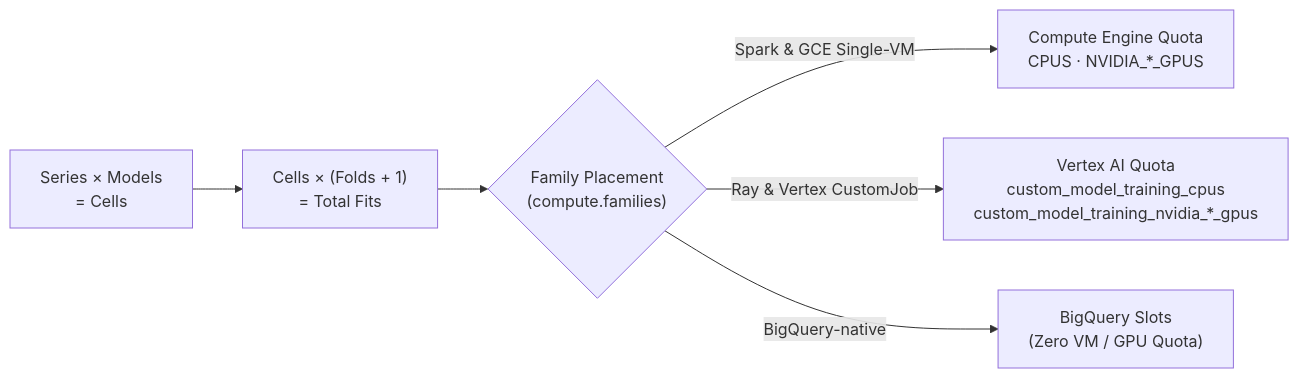
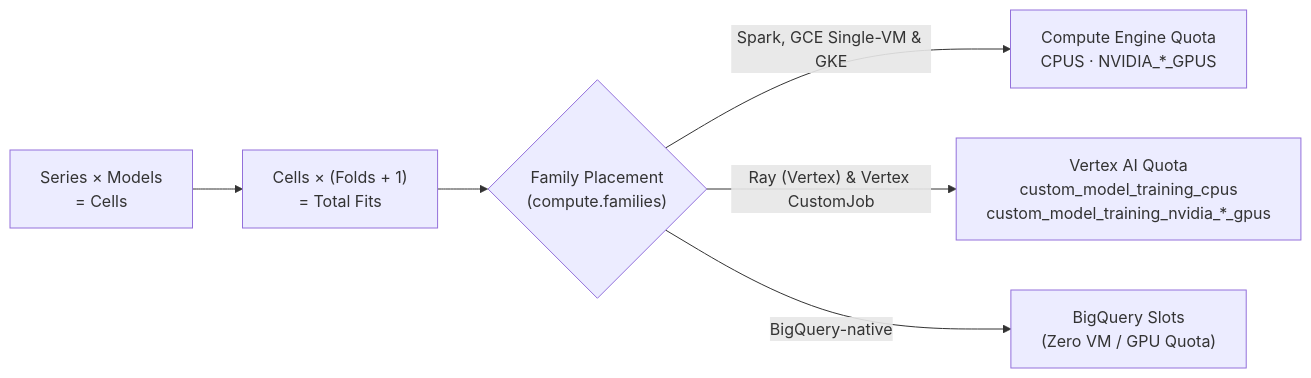
Before and after one commit to statmike/scale-forecasting: the diagram in docs/quota_and_scale.md, drawn with Mermaid. The commit also changed 59 other files, not shown here.

Commit message:
feat(gke): add Google Kubernetes Engine (gke) runtime, Indexed Jobs, Ray-on-GKE, per-pod GPU scale-down, and runtimes reference

````diff
--- a/docs/quota_and_scale.md
+++ b/docs/quota_and_scale.md
@@ -18,8 +18,8 @@
 ```mermaid
 flowchart LR
     Workload["Series × Models\n= Cells"] --> Fits["Cells × (Folds + 1)\n= Total Fits"]
     Fits --> Split{"Family Placement\n(compute.families)"}
-    Split -->|"Spark & GCE Single-VM"| GCE["Compute Engine Quota\nCPUS · NVIDIA_*_GPUS"]
-    Split -->|"Ray & Vertex CustomJob"| VTX["Vertex AI Quota\ncustom_model_training_cpus\ncustom_model_training_nvidia_*_gpus"]
+    Split -->|"Spark, GCE Single-VM & GKE"| GCE["Compute Engine Quota\nCPUS · NVIDIA_*_GPUS"]
+    Split -->|"Ray (Vertex) & Vertex CustomJob"| VTX["Vertex AI Quota\ncustom_model_training_cpus\ncustom_model_training_nvidia_*_gpus"]
     Split -->|"BigQuery-native"| BQS["BigQuery Slots\n(Zero VM / GPU Quota)"]
 ```
````
